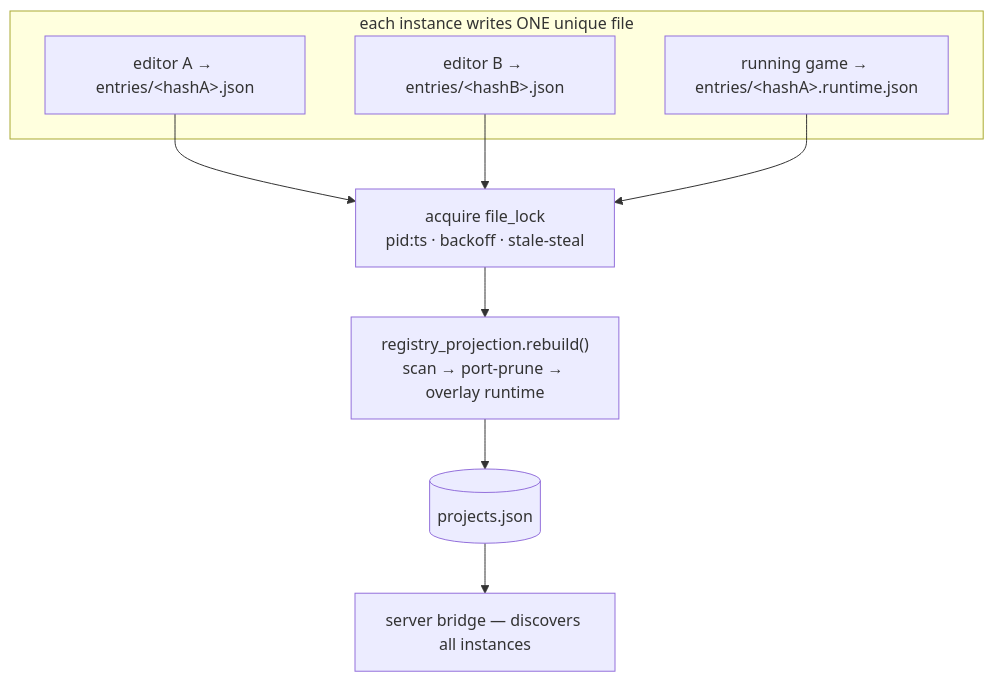
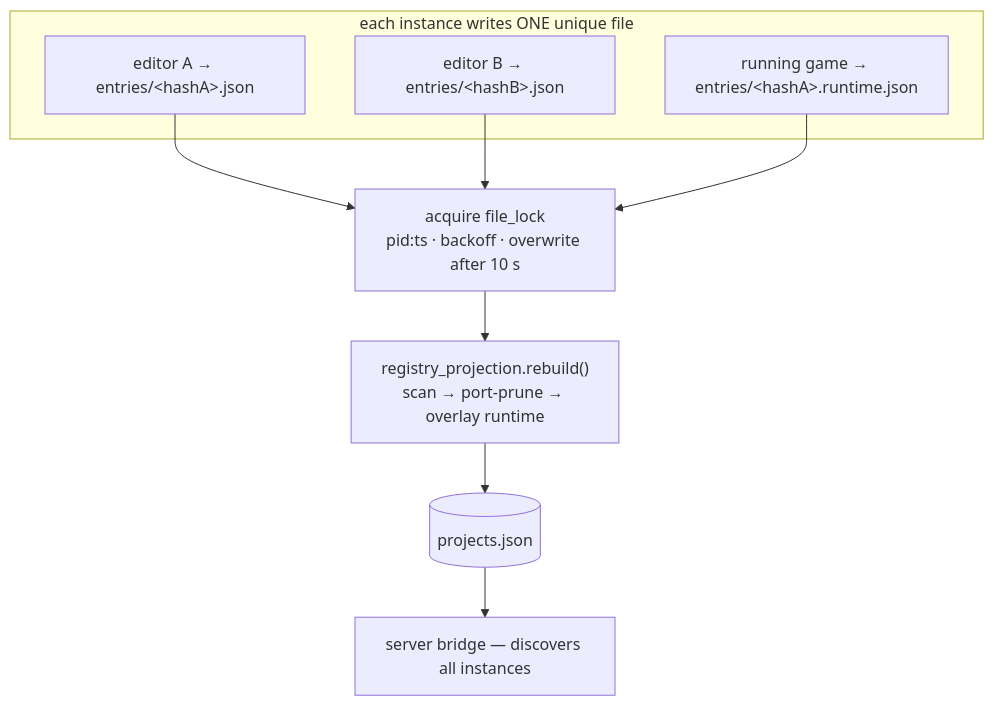
Before and after one commit to NPGameDev/godot-mcp-toolkit: diagram 12 of 13 in docs/architecture/README.md, drawn with Mermaid. The commit also changed other lines of this file and 5 other files, not shown here.

First line of the commit message:
docs(arch): re-attest the sections the registry lock fix made stale

````diff
--- a/docs/architecture/README.md
+++ b/docs/architecture/README.md
@@ -600,16 +600,16 @@
 ```mermaid
 flowchart TD
     subgraph writers["each instance writes ONE unique file"]
       e1["editor A → entries/&lt;hashA&gt;.json"]
       e2["editor B → entries/&lt;hashB&gt;.json"]
       r1["running game → entries/&lt;hashA&gt;.runtime.json"]
     end
-    lock["acquire file_lock<br/>pid:ts · backoff · stale-steal"]
+    lock["acquire file_lock<br/>pid:ts · backoff · overwrite after 10 s"]
     rebuild["registry_projection.rebuild()<br/>scan → port-prune → overlay runtime"]
     pj[("projects.json")]
     e1 --> lock
     e2 --> lock
     r1 --> lock
     lock --> rebuild --> pj
     pj --> bridge["server bridge — discovers all instances"]
 ```
````
